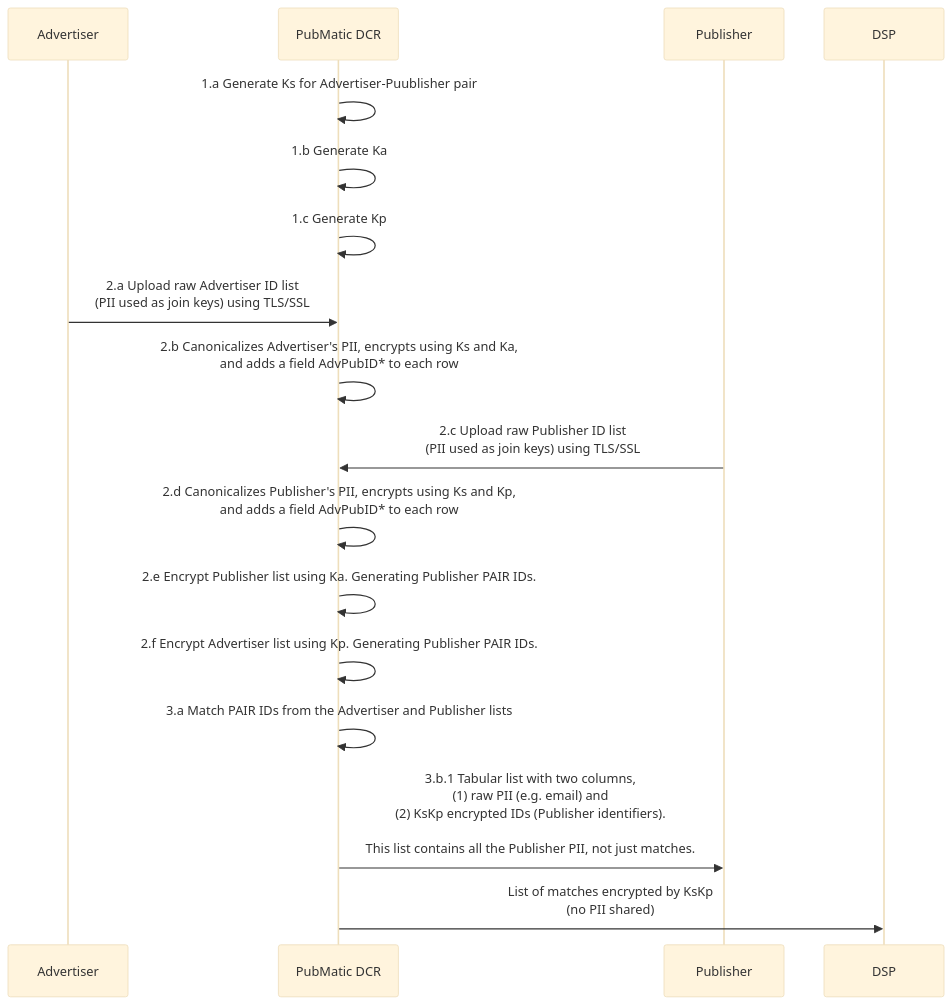
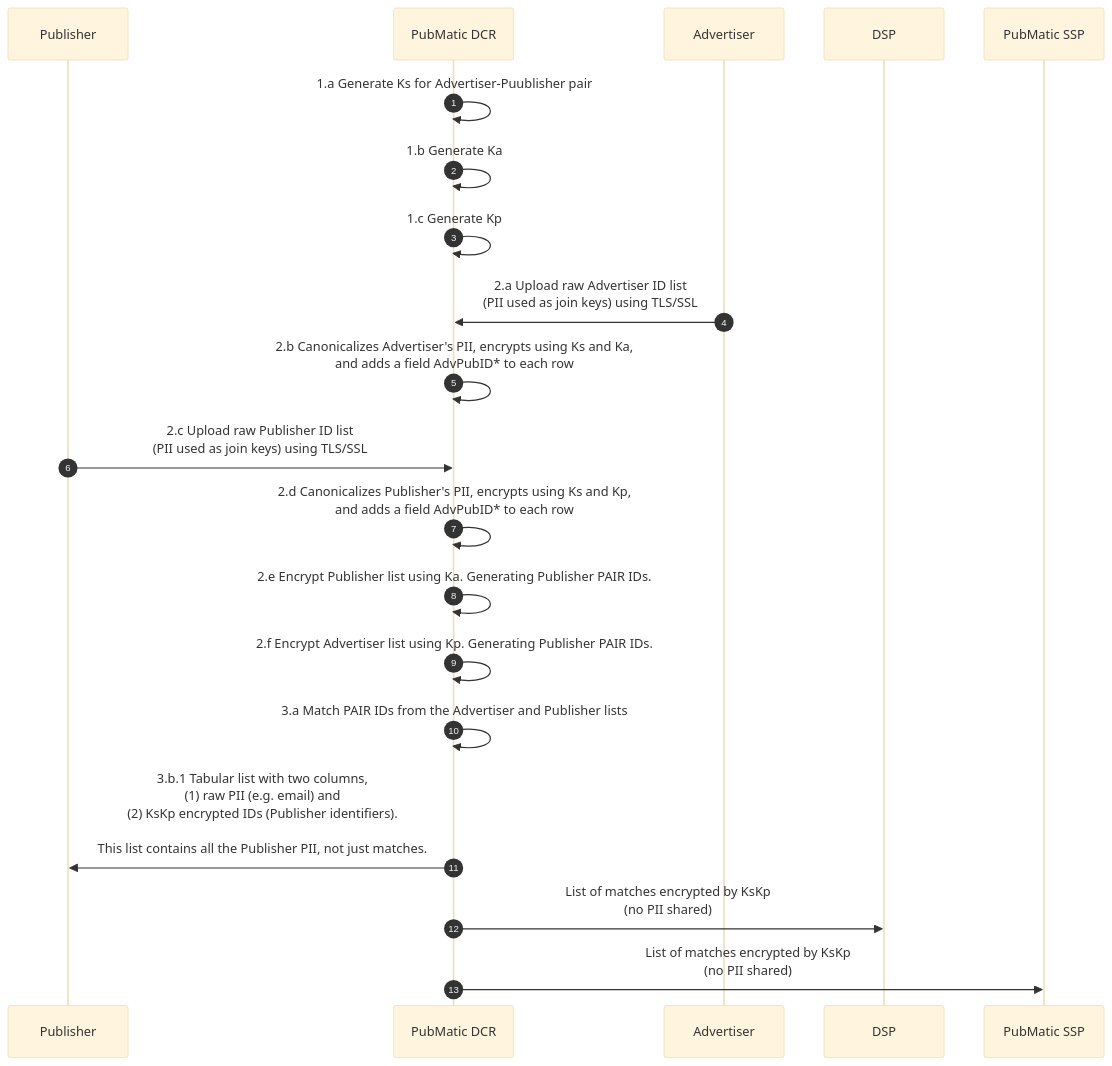
One commit to pm-harshad-mane/Diagrams changed the diagram in PAIR/PubMatic_DCR_PAIR.md. Above: the diagram before and after it, drawn with Mermaid.

````diff
--- a/PAIR/PubMatic_DCR_PAIR.md
+++ b/PAIR/PubMatic_DCR_PAIR.md
@@ -1,25 +1,28 @@
 ```mermaid
 %%{init: {'theme': 'base', 'themeVariables': { 'participantBkgColor': '#f0f0f0', 'participantBorderColor': '#000000' }}}%%
 sequenceDiagram
+autoNumber
+participant Pub as Publisher
+participant DCR as PubMatic DCR
+participant Adv as Advertiser
+participant DSP
+participant SSP as PubMatic SSP
 
-participant Adv as Advertiser
-participant DCR as PubMatic DCR
-participant Pub as Publisher
-participant DSP
 
 DCR->>DCR: 1.a Generate Ks for Advertiser-Puublisher pair
 DCR->>DCR: 1.b Generate Ka
 DCR->>DCR: 1.c Generate Kp
 
 Adv->>DCR: 2.a Upload raw Advertiser ID list <br/>(PII used as join keys) using TLS/SSL
 DCR->>DCR: 2.b Canonicalizes Advertiser's PII, encrypts using Ks and Ka,<br/> and adds a field AdvPubID* to each row
 Pub->>DCR: 2.c Upload raw Publisher ID list <br/>(PII used as join keys) using TLS/SSL
 DCR->>DCR: 2.d Canonicalizes Publisher's PII, encrypts using Ks and Kp,<br/> and adds a field AdvPubID* to each row
 DCR->>DCR: 2.e Encrypt Publisher list using Ka. Generating Publisher PAIR IDs.
 DCR->>DCR: 2.f Encrypt Advertiser list using Kp. Generating Publisher PAIR IDs.
 
 DCR->>DCR: 3.a Match PAIR IDs from the Advertiser and Publisher lists
 DCR->>Pub: 3.b.1 Tabular list with two columns, <br/>(1) raw PII (e.g. email) and <br/>(2) KsKp encrypted IDs (Publisher identifiers).<br/><br/>This list contains all the Publisher PII, not just matches.
 DCR->>DSP: List of matches encrypted by KsKp <br/>(no PII shared)
+DCR->>SSP: List of matches encrypted by KsKp <br/>(no PII shared)
 
 ```
````
